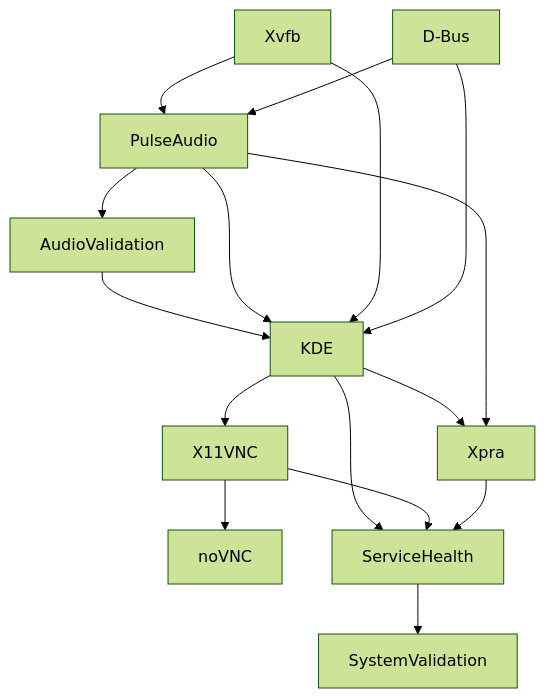
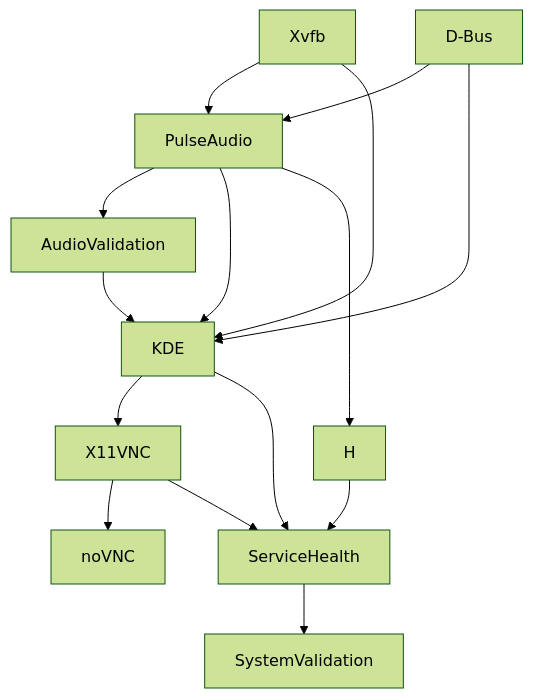
Before and after one commit to MarketingLimited/webtop-omni-desktop: the diagram in ubuntu-kde-docker/SERVICES.md, drawn with Mermaid (forest theme). The commit also changed other lines of this file and 16 other files, not shown here.

````diff
--- a/ubuntu-kde-docker/SERVICES.md
+++ b/ubuntu-kde-docker/SERVICES.md
@@ -118,18 +114,18 @@
 ```mermaid
 graph TD
     A[Xvfb] --> C[PulseAudio]
     B[D-Bus] --> C
     C --> D[AudioValidation]
     D --> E[KDE]
     C --> E
     A --> E
     B --> E
     E --> F[X11VNC]
     F --> G[noVNC]
-    E --> H[Xpra]
+    
     C --> H
     E --> I[ServiceHealth]
     F --> I
     H --> I
     I --> J[SystemValidation]
 ```
````
